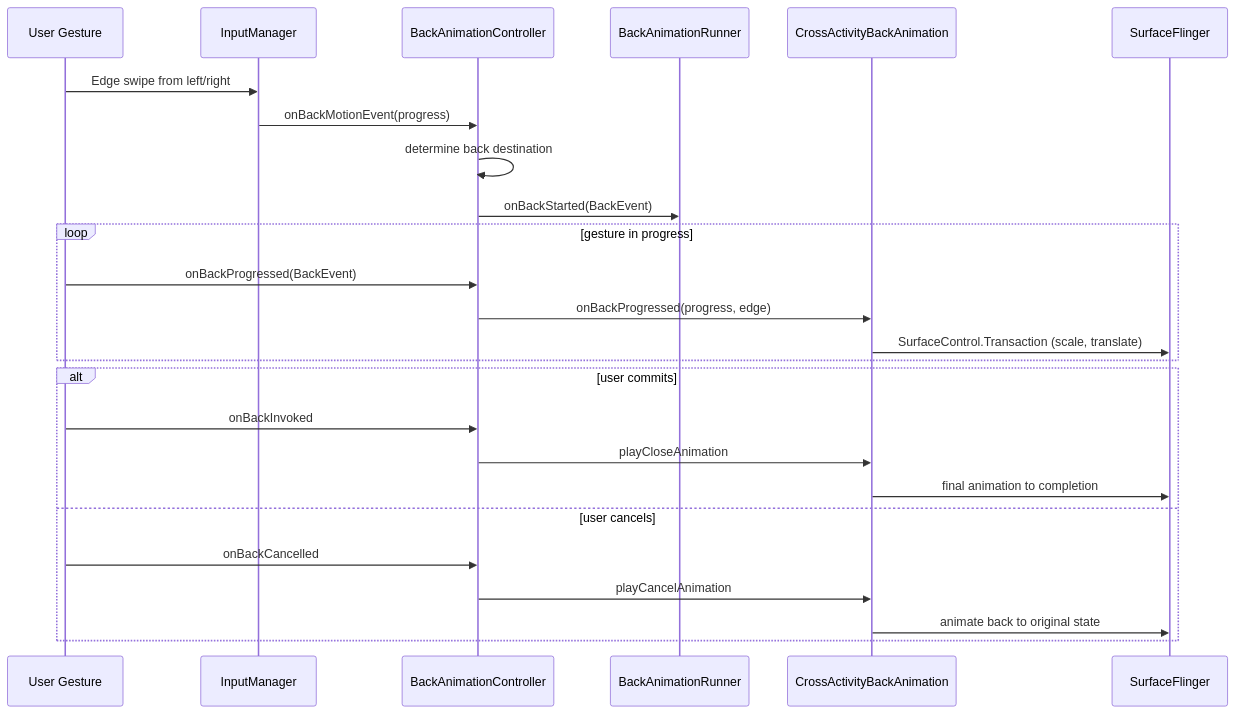
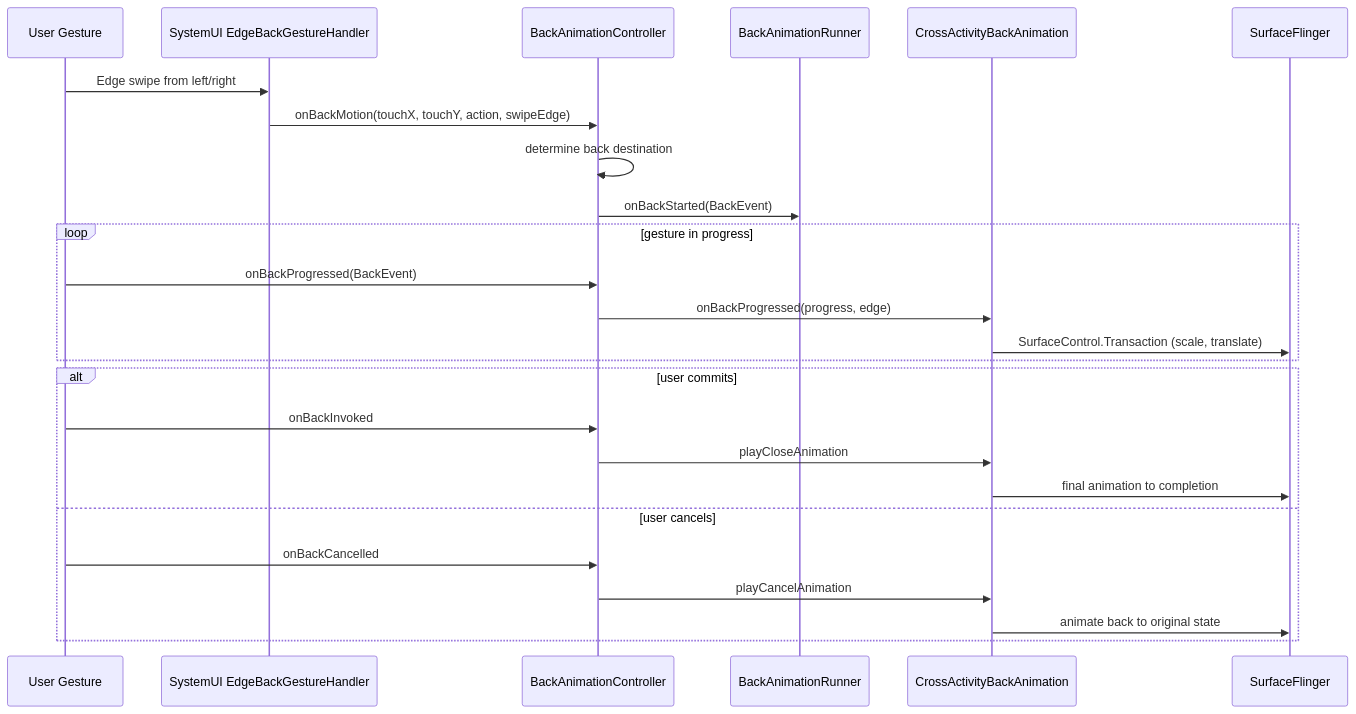
One commit to aospbooks/aosp-internal-book changed diagram 25 of 47 in 14-animation-system.md. Above: the diagram before and after it, drawn with Mermaid. The commit also changed other lines of this file and 218 other files, not shown here.

````diff
--- a/14-animation-system.md
+++ b/14-animation-system.md
@@ -2435,28 +2462,28 @@
 ```mermaid
 sequenceDiagram
     participant User as User Gesture
-    participant ISM as InputManager
+    participant EBG as SystemUI EdgeBackGestureHandler
     participant BAC as BackAnimationController
     participant Runner as BackAnimationRunner
     participant Anim as CrossActivityBackAnimation
     participant SF as SurfaceFlinger
 
-    User->>ISM: Edge swipe from left/right
-    ISM->>BAC: onBackMotionEvent(progress)
+    User->>EBG: Edge swipe from left/right
+    EBG->>BAC: onBackMotion(touchX, touchY, action, swipeEdge)
     BAC->>BAC: determine back destination
     BAC->>Runner: onBackStarted(BackEvent)
     loop gesture in progress
         User->>BAC: onBackProgressed(BackEvent)
         BAC->>Anim: onBackProgressed(progress, edge)
         Anim->>SF: SurfaceControl.Transaction (scale, translate)
     end
     alt user commits
         User->>BAC: onBackInvoked
         BAC->>Anim: playCloseAnimation
         Anim->>SF: final animation to completion
     else user cancels
         User->>BAC: onBackCancelled
         BAC->>Anim: playCancelAnimation
         Anim->>SF: animate back to original state
     end
 ```
````
